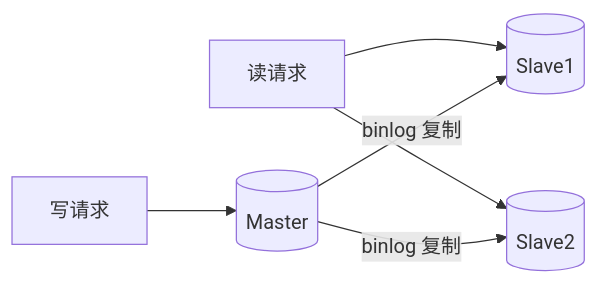
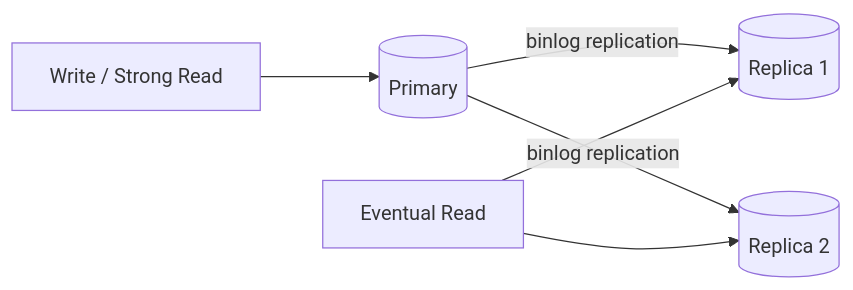
One commit to moqix26/study changed the diagram in 后端学习/系统设计/05-数据库扩展与读写分离.md. Above: the diagram before and after it, drawn with Mermaid. The commit also changed other lines of this file and 202 other files, not shown here.

````diff
--- a/后端学习/系统设计/05-数据库扩展与读写分离.md
+++ b/后端学习/系统设计/05-数据库扩展与读写分离.md
@@ -96,8 +147,8 @@
 ```mermaid
 flowchart LR
-    W[写请求] --> M[(Master)]
-    R[读请求] --> S1[(Slave1)]
-    R --> S2[(Slave2)]
-    M -->|binlog 复制| S1
-    M -->|binlog 复制| S2
+    W[Write / Strong Read] --> P[(Primary)]
+    P -->|binlog replication| R1[(Replica 1)]
+    P -->|binlog replication| R2[(Replica 2)]
+    E[Eventual Read] --> R1
+    E --> R2
 ```
````
